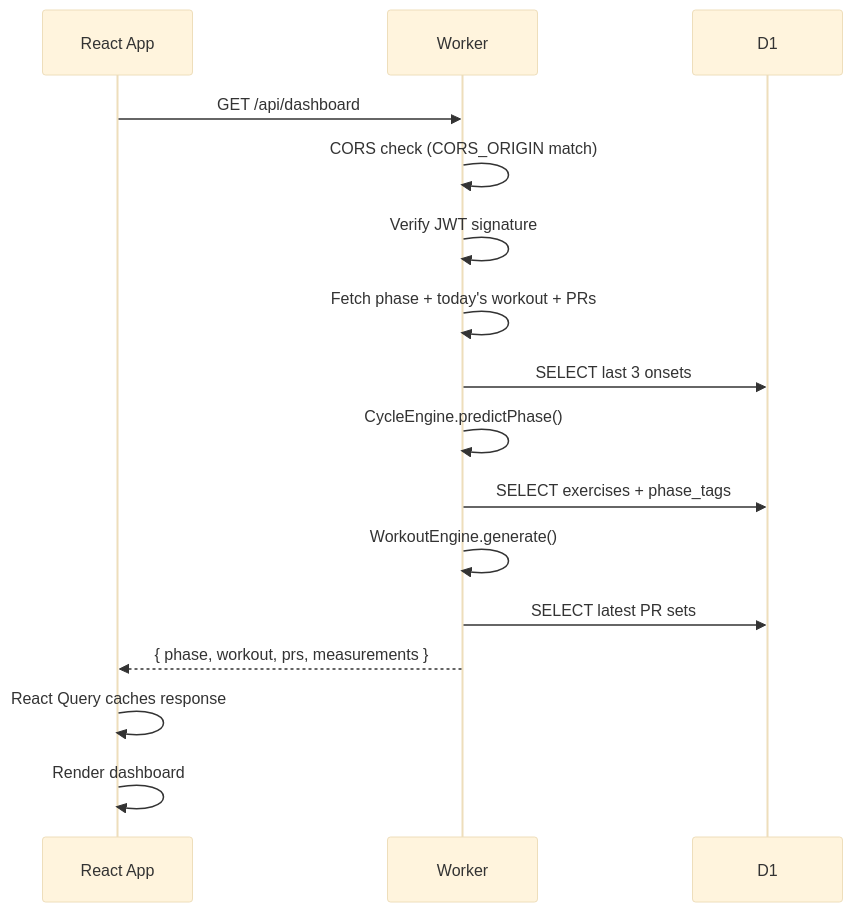
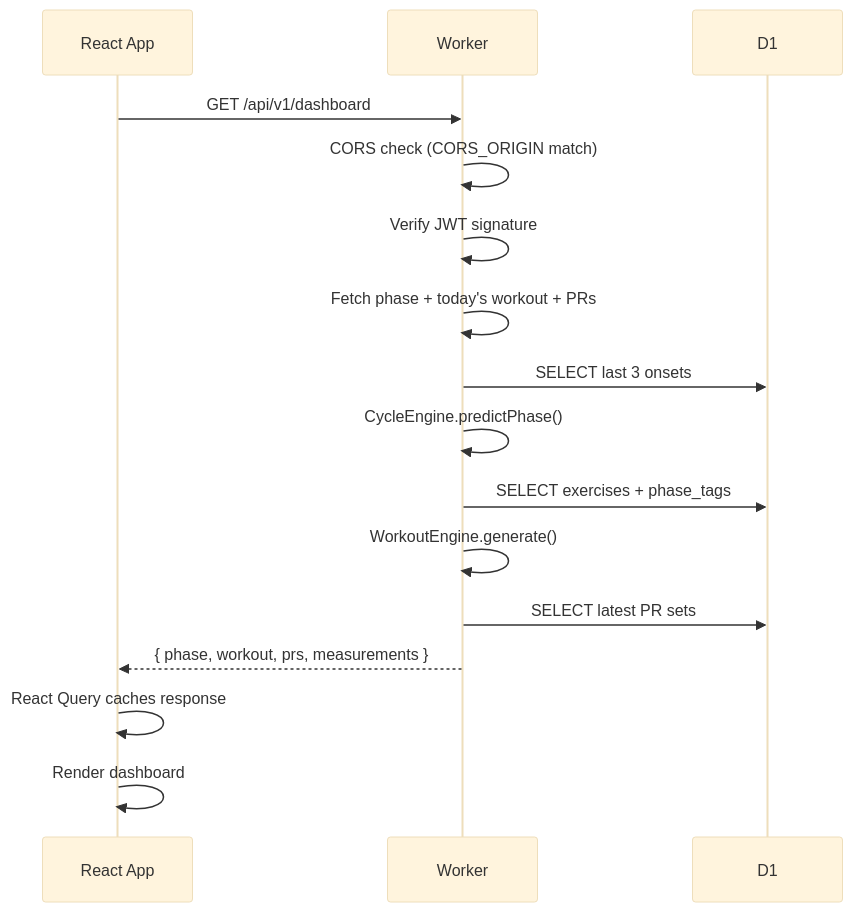
The third of 4 diagrams in docs/architecture-diagram.md (onlyeciy/period-cycle-based-gym-app), drawn with Mermaid (base theme) before and after one commit. The commit also changed other lines of this file and 1 other file, not shown here.

Commit message:
docs: update API versioning

````diff
--- a/docs/architecture-diagram.md
+++ b/docs/architecture-diagram.md
@@ -114,19 +114,19 @@
 ```mermaid
 sequenceDiagram
     participant R as React App
     participant W as Worker
     participant D as D1
 
-    R->>W: GET /api/dashboard
+    R->>W: GET /api/v1/dashboard
     W->>W: CORS check (CORS_ORIGIN match)
     W->>W: Verify JWT signature
     W->>W: Fetch phase + today's workout + PRs
     W->>D: SELECT last 3 onsets
     W->>W: CycleEngine.predictPhase()
     W->>D: SELECT exercises + phase_tags
     W->>W: WorkoutEngine.generate()
     W->>D: SELECT latest PR sets
     W-->>R: { phase, workout, prs, measurements }
     R->>R: React Query caches response
     R->>R: Render dashboard
 ```
````
